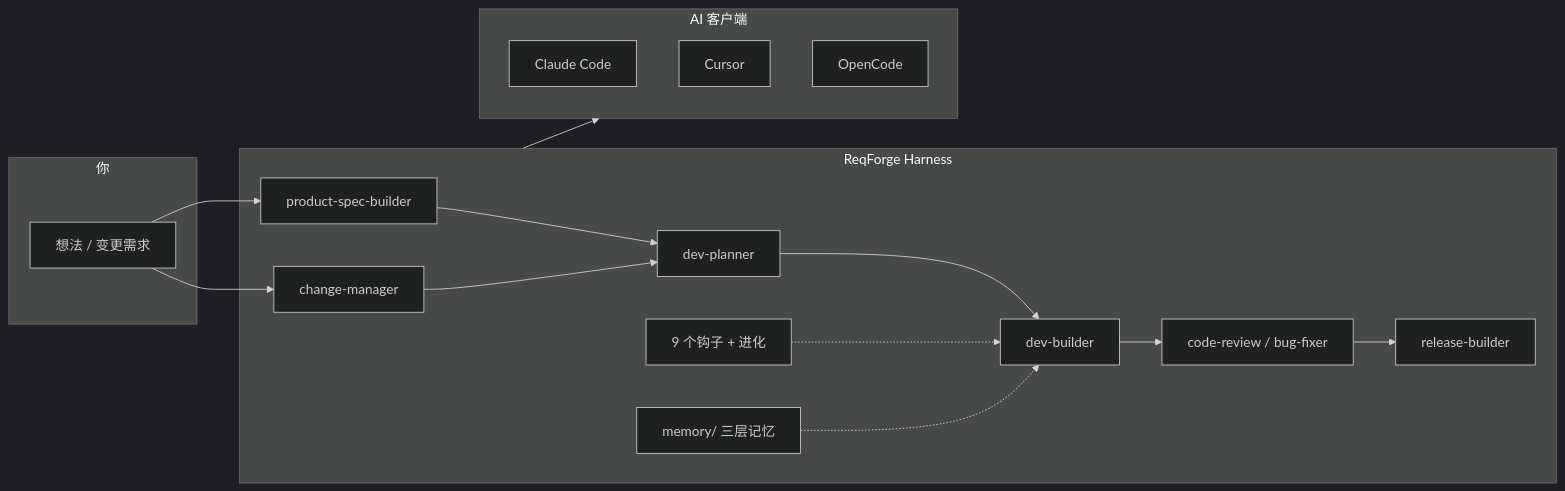
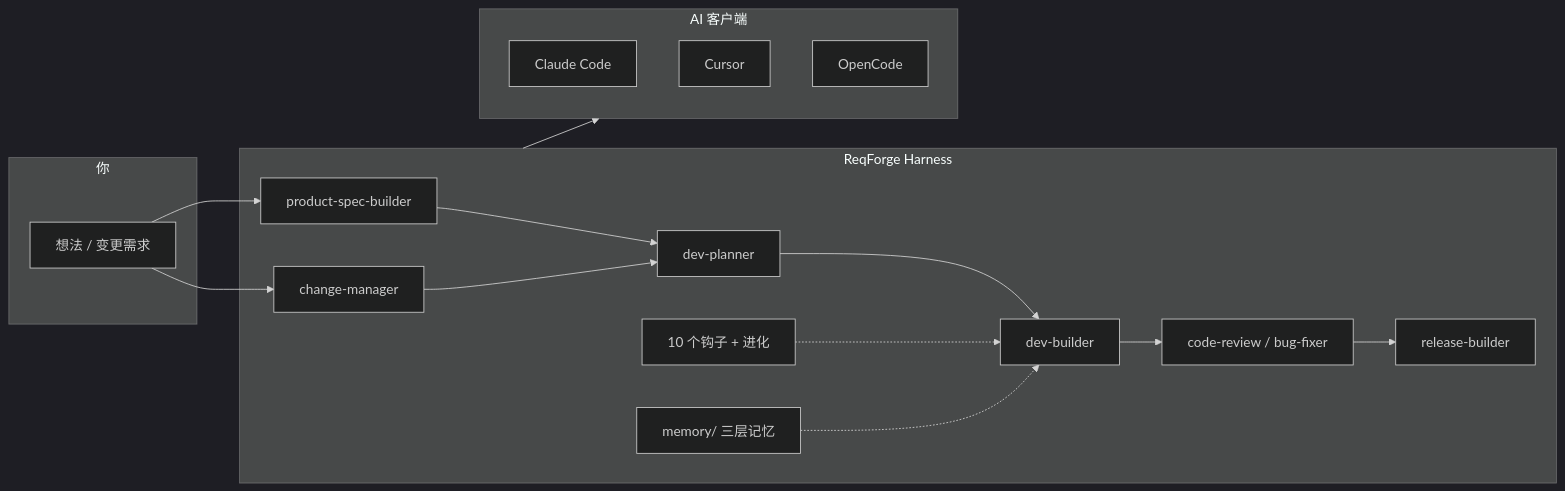
One commit to zxpmail/ReqForge changed the diagram in README.zh-CN.md. Above: the diagram before and after it, drawn with Mermaid (dark theme). The commit also changed other lines of this file and 47 other files, not shown here.

````diff
--- a/README.zh-CN.md
+++ b/README.zh-CN.md
@@ -17,34 +17,34 @@
 ```mermaid
 flowchart LR
   subgraph inputs [你]
     Idea[想法 / 变更需求]
   end
 
   subgraph forge [ReqForge Harness]
     Spec[product-spec-builder]
     Chg[change-manager]
     Plan[dev-planner]
     Build[dev-builder]
     Rev[code-review / bug-fixer]
     Rel[release-builder]
-    Hooks[9 个钩子 + 进化]
+    Hooks[10 个钩子 + 进化]
     Mem[memory/ 三层记忆]
   end
 
   subgraph clients [AI 客户端]
     CC[Claude Code]
     CU[Cursor]
     OC[OpenCode]
   end
 
   Idea --> Spec
   Spec --> Plan
   Idea --> Chg
   Chg --> Plan
   Plan --> Build
   Build --> Rev
   Rev --> Rel
   Hooks -.-> Build
   Mem -.-> Build
   forge --> clients
 ```
````
